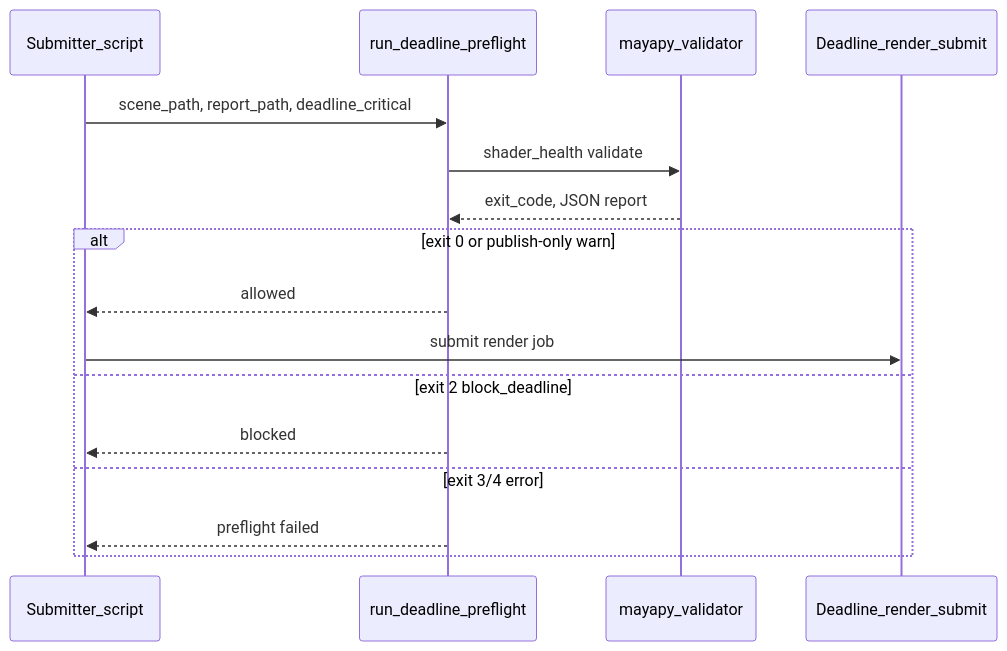
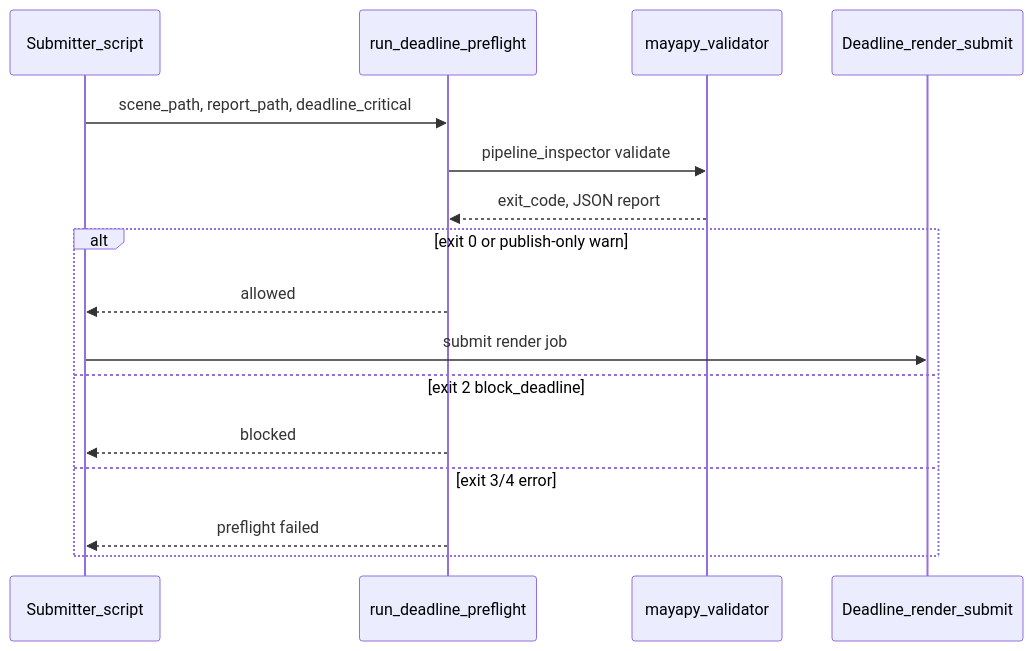
Before and after one commit to armasonix/maya-pipeline-inspector: the second of 3 diagrams in docs/integrations/deadline_submit_preflight.md, drawn with Mermaid. The commit also changed other lines of this file and 524 other files, not shown here.

````diff
--- a/docs/integrations/deadline_submit_preflight.md
+++ b/docs/integrations/deadline_submit_preflight.md
@@ -273,19 +273,19 @@
 ```mermaid
 sequenceDiagram
     participant SUB as Submitter_script
     participant SH as run_deadline_preflight
     participant MY as mayapy_validator
     participant DL as Deadline_render_submit
 
     SUB->>SH: scene_path, report_path, deadline_critical
-    SH->>MY: shader_health validate
+    SH->>MY: pipeline_inspector validate
     MY-->>SH: exit_code, JSON report
     alt exit 0 or publish-only warn
         SH-->>SUB: allowed
         SUB->>DL: submit render job
     else exit 2 block_deadline
         SH-->>SUB: blocked
     else exit 3/4 error
         SH-->>SUB: preflight failed
     end
 ```
````
